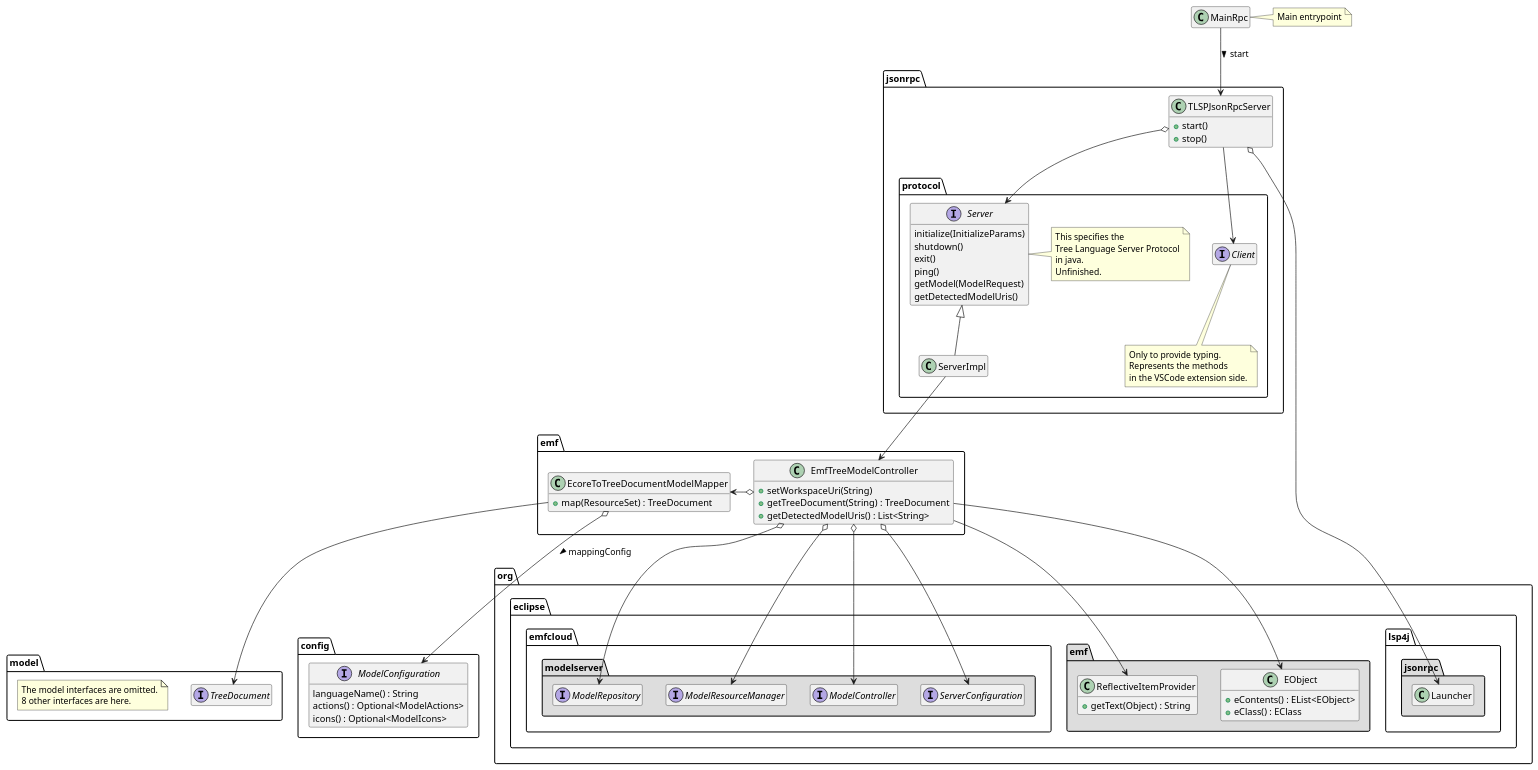
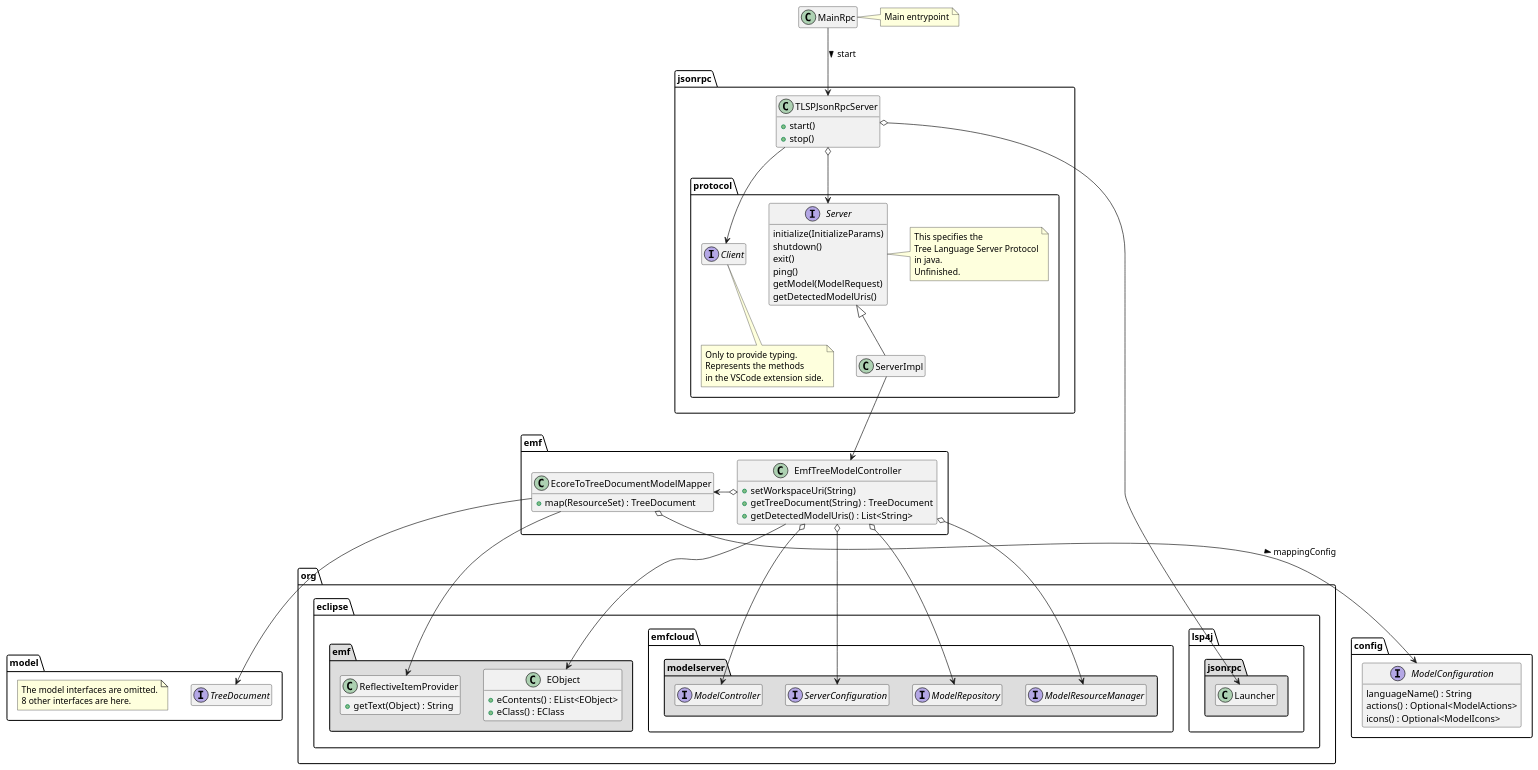
Before and after one commit to krissrex/tdt4900-master-thesis-cloud-modeling-latex: the diagram in figures/tree-language-server.code.puml, drawn with PlantUML. The commit also changed 1 other file, not shown here.

```diff
--- a/figures/tree-language-server.code.puml
+++ b/figures/tree-language-server.code.puml
@@ -1,116 +1,116 @@
 @startuml Tree_Language_Server_code
 hide empty members
 
 class MainRpc
 note right of MainRpc : Main entrypoint
 
 package emf {
   class EmfTreeModelController {
     + setWorkspaceUri(String)
     + getTreeDocument(String) : TreeDocument
     + getDetectedModelUris() : List<String>
   }
 
   class EcoreToTreeDocumentModelMapper {
     + map(ResourceSet) : TreeDocument
   }
 
   EcoreToTreeDocumentModelMapper <-o EmfTreeModelController
 }
 
 package model {
   interface TreeDocument
 
   note as noteModel
     The model interfaces are omitted.
     8 other interfaces are here.
   end note
 }
 
 package jsonrpc {
   class TLSPJsonRpcServer {
     + start()
     + stop()
   }
 
   package protocol {
     interface Client
     
     note bottom of Client
       Only to provide typing.
       Represents the methods
       in the VSCode extension side.
     end note
 
     interface Server {
       initialize(InitializeParams)
       shutdown()
       exit()
       ping()
       getModel(ModelRequest)
       getDetectedModelUris()
     }
 
     note right of Server 
       This specifies the
       Tree Language Server Protocol
       in java.
       Unfinished.
     end note
 
     class ServerImpl
 
     Server <|-- ServerImpl
 
   }
 
   TLSPJsonRpcServer o-> Server
   TLSPJsonRpcServer --> Client
 
 }
 
 package "org.eclipse.lsp4j.jsonrpc" #DDDDDD {
   class Launcher
 }
 
 package "org.eclipse.emfcloud.modelserver" #DDDDDD {
   interface ModelController
   interface ModelRepository
   interface ModelResourceManager
   interface ServerConfiguration
 }
 
 package "org.eclipse.emf" #DDDDDD {
   class ReflectiveItemProvider {
     + getText(Object) : String
   }
   class EObject {
     + eContents() : EList<EObject>
     + eClass() : EClass
   }
 }
 
 package config {
   interface ModelConfiguration {
     languageName() : String
     actions() : Optional<ModelActions>
     icons() : Optional<ModelIcons>
   }
 }
 
 MainRpc --> TLSPJsonRpcServer : start >
 TLSPJsonRpcServer o--> Launcher
 
 ServerImpl --> EmfTreeModelController
 
 EcoreToTreeDocumentModelMapper o--> ModelConfiguration : mappingConfig >
 EcoreToTreeDocumentModelMapper --> TreeDocument
+EcoreToTreeDocumentModelMapper --> ReflectiveItemProvider
 
 EmfTreeModelController o-> ModelRepository
 EmfTreeModelController o->  ModelResourceManager
 EmfTreeModelController o-> ModelController
 EmfTreeModelController o-> ServerConfiguration
-EmfTreeModelController --> ReflectiveItemProvider
 EmfTreeModelController --> EObject
 
 @enduml
```
